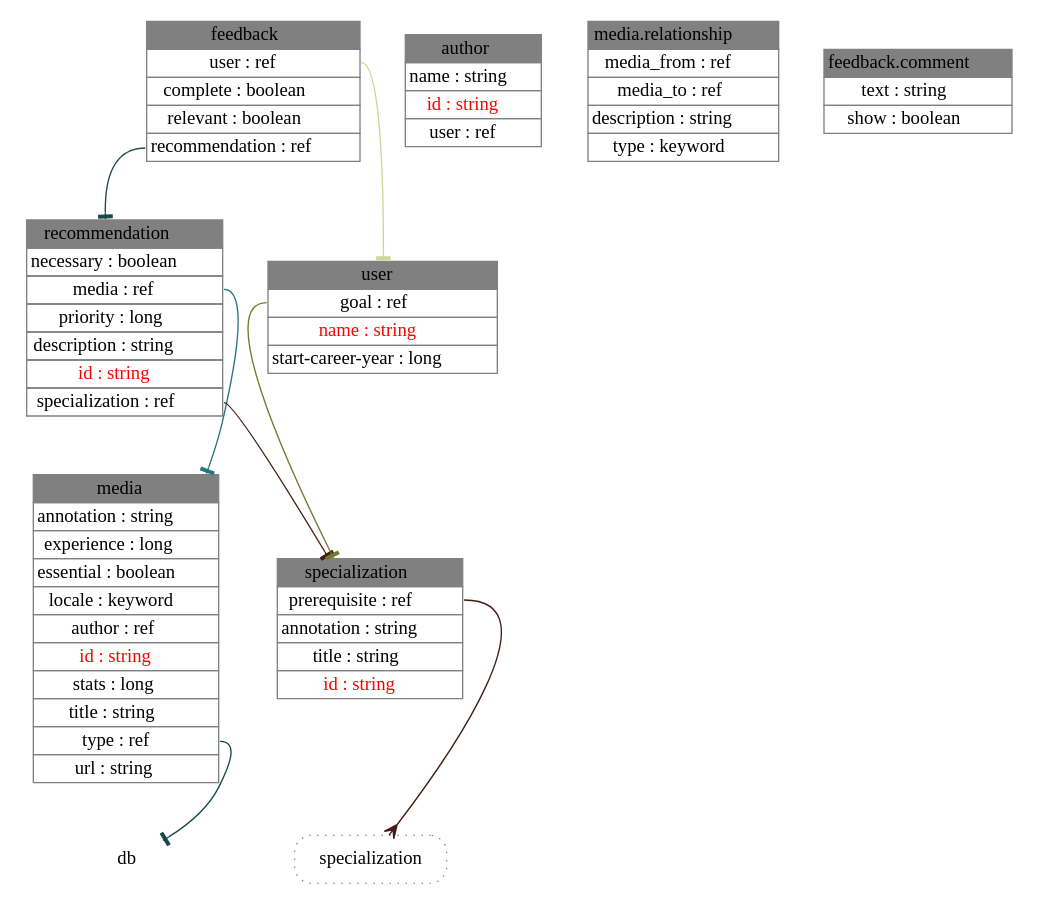
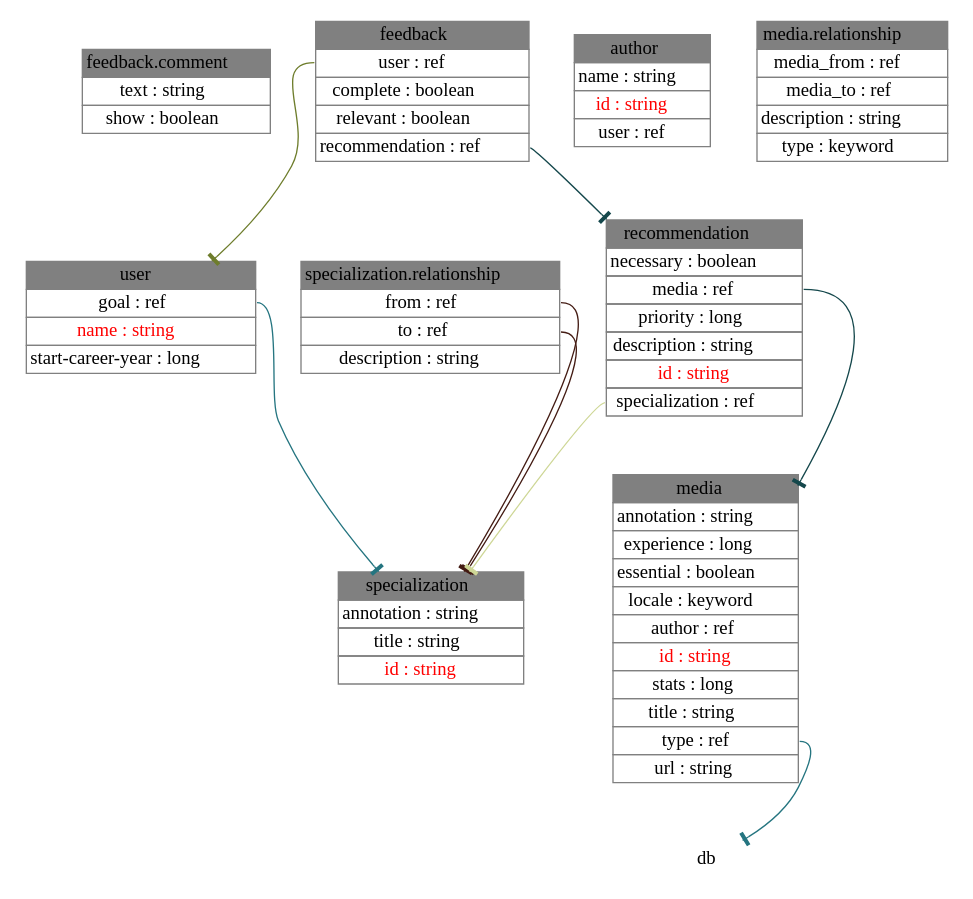
One commit to alexpetrov/kmg changed the diagram in kmg-schema.dot. Above: the diagram before and after it, drawn with Graphviz. The commit also changed 3 other files, not shown here.

Commit message:
Introduce :specialization.relationship type instead of :specialization/prerequisite self reference

```diff
--- a/kmg-schema.dot
+++ b/kmg-schema.dot
@@ -1,19 +1,20 @@
 digraph {
 node [shape=plaintext];
+"feedback.comment" [label=<<table border="0" cellborder="1" cellspacing="0" color="#808080" port="feedback.comment"><tr><td bgcolor="gray">feedback.comment</td></tr><tr><td>text : string</td></tr><tr><td>show : boolean</td></tr></table>>];
 media [label=<<table border="0" cellborder="1" cellspacing="0" color="#808080" port="media"><tr><td bgcolor="gray">media</td></tr><tr><td>annotation : string</td></tr><tr><td>experience : long</td></tr><tr><td>essential : boolean</td></tr><tr><td>locale : keyword</td></tr><tr><td port="author">author : ref</td></tr><tr><td><font color="red">id : string</font></td></tr><tr><td>stats : long</td></tr><tr><td>title : string</td></tr><tr><td port="type">type : ref</td></tr><tr><td>url : string</td></tr></table>>];
+specialization [label=<<table border="0" cellborder="1" cellspacing="0" color="#808080" port="specialization"><tr><td bgcolor="gray">specialization</td></tr><tr><td>annotation : string</td></tr><tr><td>title : string</td></tr><tr><td><font color="red">id : string</font></td></tr></table>>];
+author [label=<<table border="0" cellborder="1" cellspacing="0" color="#808080" port="author"><tr><td bgcolor="gray">author</td></tr><tr><td>name : string</td></tr><tr><td><font color="red">id : string</font></td></tr><tr><td port="user">user : ref</td></tr></table>>];
+user [label=<<table border="0" cellborder="1" cellspacing="0" color="#808080" port="user"><tr><td bgcolor="gray">user</td></tr><tr><td port="goal">goal : ref</td></tr><tr><td><font color="red">name : string</font></td></tr><tr><td>start-career-year : long</td></tr></table>>];
+"specialization.relationship" [label=<<table border="0" cellborder="1" cellspacing="0" color="#808080" port="specialization.relationship"><tr><td bgcolor="gray">specialization.relationship</td></tr><tr><td port="from">from : ref</td></tr><tr><td port="to">to : ref</td></tr><tr><td>description : string</td></tr></table>>];
+feedback [label=<<table border="0" cellborder="1" cellspacing="0" color="#808080" port="feedback"><tr><td bgcolor="gray">feedback</td></tr><tr><td port="user">user : ref</td></tr><tr><td>complete : boolean</td></tr><tr><td>relevant : boolean</td></tr><tr><td port="recommendation">recommendation : ref</td></tr></table>>];
 recommendation [label=<<table border="0" cellborder="1" cellspacing="0" color="#808080" port="recommendation"><tr><td bgcolor="gray">recommendation</td></tr><tr><td>necessary : boolean</td></tr><tr><td port="media">media : ref</td></tr><tr><td>priority : long</td></tr><tr><td>description : string</td></tr><tr><td><font color="red">id : string</font></td></tr><tr><td port="specialization">specialization : ref</td></tr></table>>];
-specialization [label=<<table border="0" cellborder="1" cellspacing="0" color="#808080" port="specialization"><tr><td bgcolor="gray">specialization</td></tr><tr><td port="prerequisite">prerequisite : ref</td></tr><tr><td>annotation : string</td></tr><tr><td>title : string</td></tr><tr><td><font color="red">id : string</font></td></tr></table>>];
-feedback [label=<<table border="0" cellborder="1" cellspacing="0" color="#808080" port="feedback"><tr><td bgcolor="gray">feedback</td></tr><tr><td port="user">user : ref</td></tr><tr><td>complete : boolean</td></tr><tr><td>relevant : boolean</td></tr><tr><td port="recommendation">recommendation : ref</td></tr></table>>];
-author [label=<<table border="0" cellborder="1" cellspacing="0" color="#808080" port="author"><tr><td bgcolor="gray">author</td></tr><tr><td>name : string</td></tr><tr><td><font color="red">id : string</font></td></tr><tr><td port="user">user : ref</td></tr></table>>];
 "media.relationship" [label=<<table border="0" cellborder="1" cellspacing="0" color="#808080" port="media.relationship"><tr><td bgcolor="gray">media.relationship</td></tr><tr><td port="media_from">media_from : ref</td></tr><tr><td port="media_to">media_to : ref</td></tr><tr><td>description : string</td></tr><tr><td>type : keyword</td></tr></table>>];
-user [label=<<table border="0" cellborder="1" cellspacing="0" color="#808080" port="user"><tr><td bgcolor="gray">user</td></tr><tr><td port="goal">goal : ref</td></tr><tr><td><font color="red">name : string</font></td></tr><tr><td>start-career-year : long</td></tr></table>>];
-"feedback.comment" [label=<<table border="0" cellborder="1" cellspacing="0" color="#808080" port="feedback.comment"><tr><td bgcolor="gray">feedback.comment</td></tr><tr><td>text : string</td></tr><tr><td>show : boolean</td></tr></table>>];
-recommendation:specialization -> specialization:specialization [color="#441C14",arrowhead=tee];
+"specialization.relationship":from -> specialization:specialization [color="#441C14",arrowhead=tee];
 feedback:recommendation -> recommendation:recommendation [color="#15484C",arrowhead=tee];
-recommendation:media -> media:media [color="#257580",arrowhead=tee];
-user:goal -> specialization:specialization [color="#6E7D2C",arrowhead=tee];
-feedback:user -> user:user [color="#CED796",arrowhead=tee];
-specialization:prerequisite -> specialization_ref [color="#441C14",arrowhead=crow];
-media:type -> db:db [color="#15484C",arrowhead=tee];
-specialization_ref [label=specialization,shape=rectangle,style="dotted,rounded",color="#808080"];
+media:type -> db:db [color="#257580",arrowhead=tee];
+feedback:user -> user:user [color="#6E7D2C",arrowhead=tee];
+recommendation:specialization -> specialization:specialization [color="#CED796",arrowhead=tee];
+"specialization.relationship":to -> specialization:specialization [color="#441C14",arrowhead=tee];
+recommendation:media -> media:media [color="#15484C",arrowhead=tee];
+user:goal -> specialization:specialization [color="#257580",arrowhead=tee];
 } 
```
